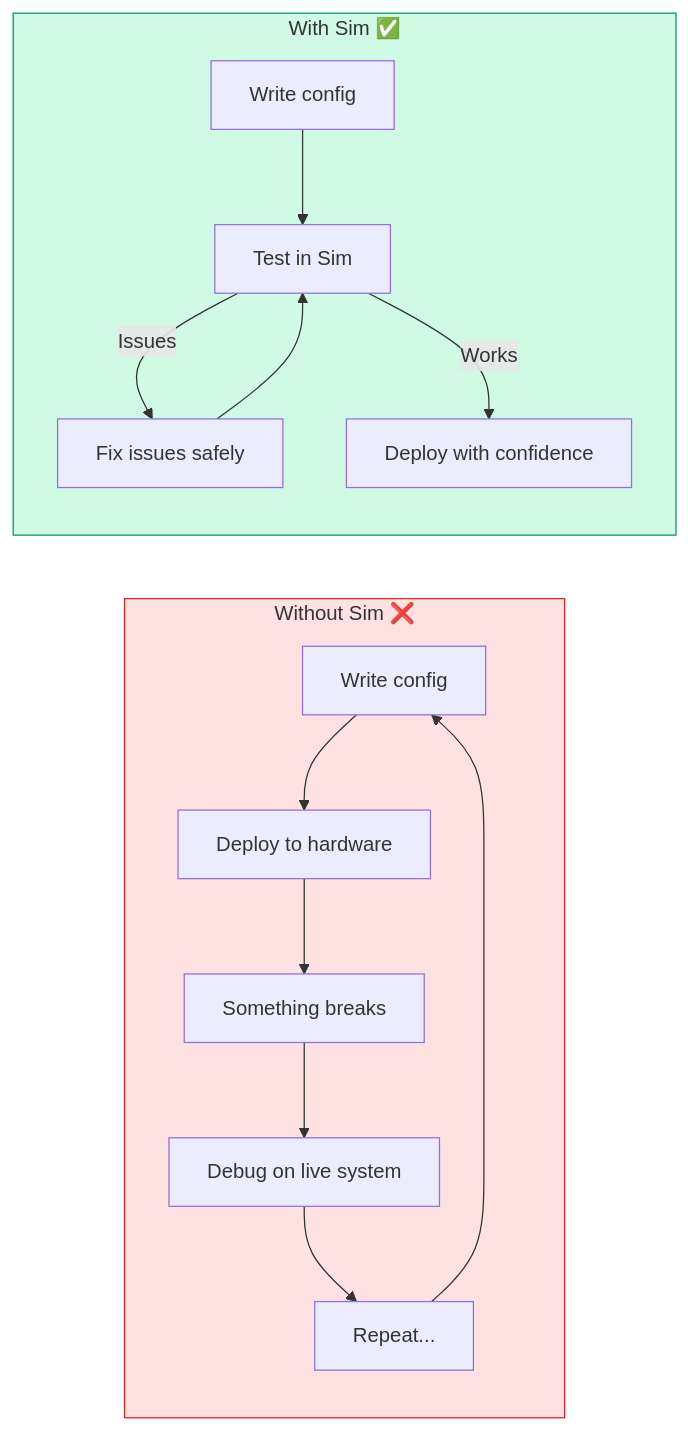
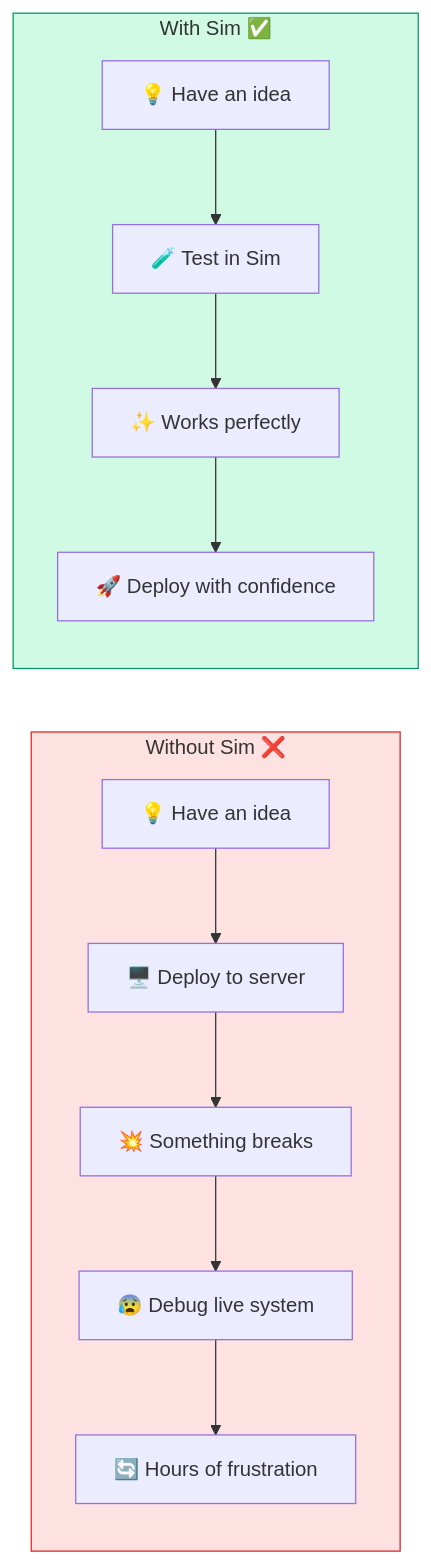
One commit to KombiverseLabs/docs changed the first of 4 diagrams in sim/overview.mdx. Above: the diagram before and after it, drawn with Mermaid. The commit also changed other lines of this file and 31 other files, not shown here.

````diff
--- a/sim/overview.mdx
+++ b/sim/overview.mdx
@@ -14,30 +20,26 @@
 ```mermaid
-graph LR
+flowchart LR
     subgraph Without["Without Sim ❌"]
         direction TB
-        W1["Write config"]
-        W2["Deploy to hardware"]
-        W3["Something breaks"]
-        W4["Debug on live system"]
-        W5["Repeat..."]
+        W1["💡 Have an idea"]
+        W2["🖥️ Deploy to server"]
+        W3["💥 Something breaks"]
+        W4["😰 Debug live system"]
+        W5["🔄 Hours of frustration"]
         
         W1 --> W2 --> W3 --> W4 --> W5
-        W5 --> W1
     end
     
     subgraph With["With Sim ✅"]
         direction TB
-        S1["Write config"]
-        S2["Test in Sim"]
-        S3["Fix issues safely"]
-        S4["Deploy with confidence"]
+        S1["💡 Have an idea"]
+        S2["🧪 Test in Sim"]
+        S3["✨ Works perfectly"]
+        S4["🚀 Deploy with confidence"]
         
-        S1 --> S2
-        S2 -->|Issues| S3
-        S3 --> S2
-        S2 -->|Works| S4
+        S1 --> S2 --> S3 --> S4
     end
     
     style Without fill:#fee2e2,stroke:#dc2626
     style With fill:#d1fae5,stroke:#059669
 ```
````
